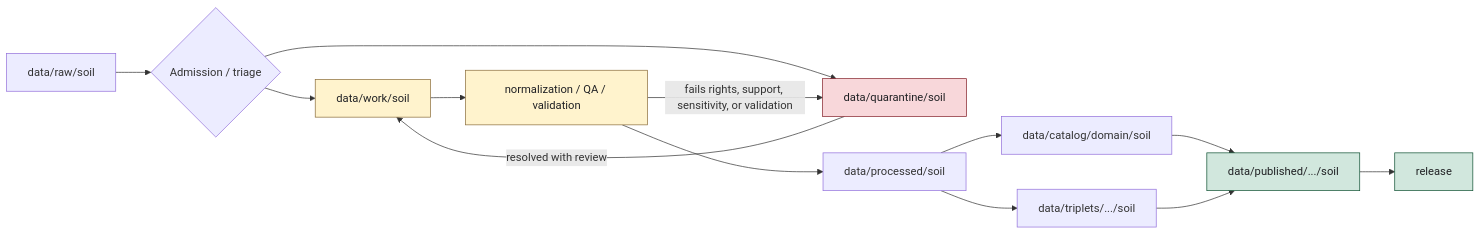
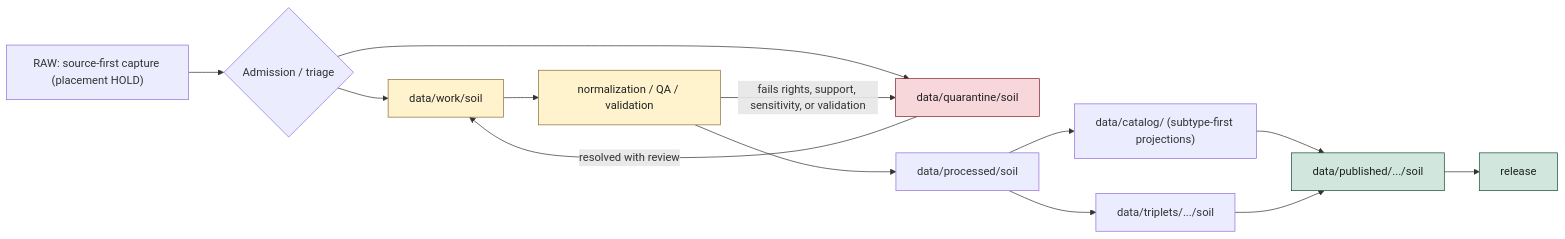
The diagram in data/work/soil/README.md (bartytime4life/Kansas-Frontier-Matrix), drawn with Mermaid before and after one commit. The commit also changed other lines of this file and 7 other files, not shown here.

````diff
--- a/data/work/soil/README.md
+++ b/data/work/soil/README.md
@@ -240,22 +241,22 @@
 ```mermaid
 flowchart LR
-    RAW[data/raw/soil] --> TRIAGE{Admission / triage}
+    RAW["RAW: source-first capture (placement HOLD)"] --> TRIAGE{Admission / triage}
     TRIAGE --> WORK[data/work/soil]
     TRIAGE --> QUAR[data/quarantine/soil]
     QUAR -->|resolved with review| WORK
     WORK --> VALIDATE[normalization / QA / validation]
     VALIDATE -->|fails rights, support, sensitivity, or validation| QUAR
     VALIDATE --> PROC[data/processed/soil]
-    PROC --> CAT[data/catalog/domain/soil]
+    PROC --> CAT["data/catalog/ (subtype-first projections)"]
     PROC --> TRIP[data/triplets/.../soil]
     CAT --> PUB[data/published/.../soil]
     TRIP --> PUB
     PUB --> REL[release]
 
     classDef internal fill:#fff3cd,stroke:#8a6d3b,color:#202124;
     classDef hold fill:#f8d7da,stroke:#842029,color:#202124;
     classDef public fill:#d1e7dd,stroke:#0f5132,color:#202124;
     class WORK,VALIDATE internal;
     class QUAR hold;
     class PUB,REL public;
 ```
````
